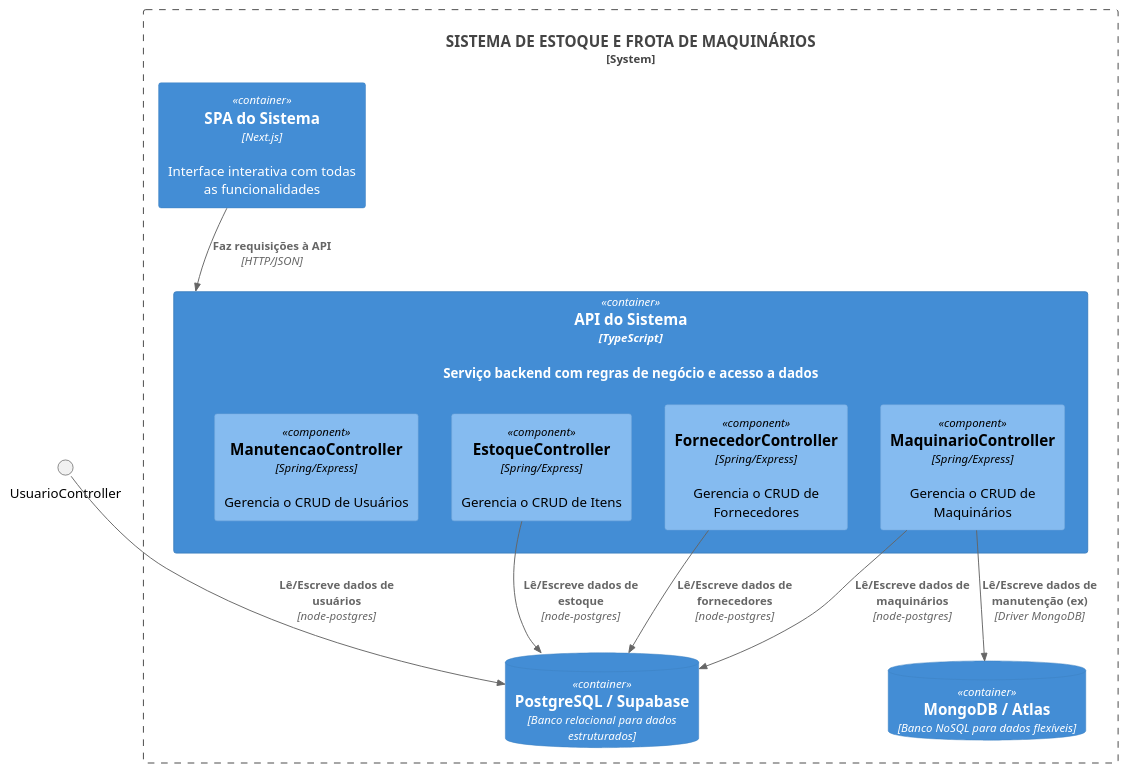
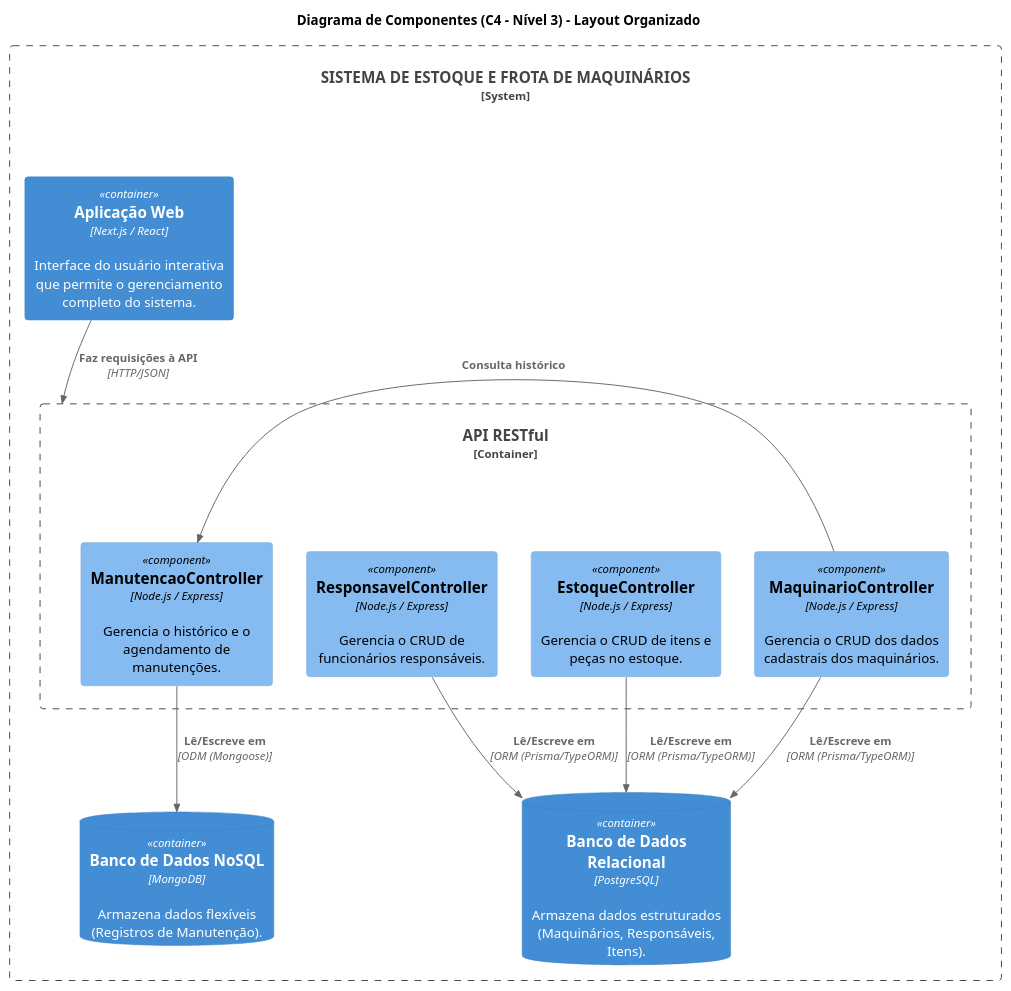
Before and after one commit to SPD-BES-2025-3/grupo10: the diagram in 2- ARQUITETURA/component.puml, drawn with PlantUML. The commit also changed 4 other files, not shown here.

```diff
--- a/2- ARQUITETURA/component.puml
+++ b/2- ARQUITETURA/component.puml
@@ -1,33 +1,38 @@
 @startuml
+!theme vibrant
 !include <C4/C4_Container>
 !include <C4/C4_Component>
 
-' A fronteira do sistema envolve todos os containers'
+title "Diagrama de Componentes (C4 - Nível 3) - Layout Organizado"
+
 System_Boundary(SEM, "SISTEMA DE ESTOQUE E FROTA DE MAQUINÁRIOS") {
     
-    Container(SPA, "SPA do Sistema", "Next.js", "Interface interativa com todas as funcionalidades")
+    Container(SPA, "Aplicação Web", "Next.js / React", "Interface do usuário interativa que permite o gerenciamento completo do sistema.")
 
-    ' A API é um container que contém outros componentes'
-    Container(API, "API do Sistema", "TypeScript", "Serviço backend com regras de negócio e acesso a dados") {
-        Component(EstoqueController, "EstoqueController", "Spring/Express", "Gerencia o CRUD de Itens")
-        Component(MaquinarioController, "MaquinarioController", "Spring/Express", "Gerencia o CRUD de Maquinários")
-        Component(FornecedorController, "FornecedorController", "Spring/Express", "Gerencia o CRUD de Fornecedores")
-        Component(ManutencaoController, "ManutencaoController", "Spring/Express", "Gerencia o CRUD de Usuários")
+    Container_Boundary(API, "API RESTful") {
+        ' Componentes que interagem com o banco de dados relacional
+        Component(MaquinarioController, "MaquinarioController", "Node.js / Express", "Gerencia o CRUD dos dados cadastrais dos maquinários.")
+        Component(ResponsavelController, "ResponsavelController", "Node.js / Express", "Gerencia o CRUD de funcionários responsáveis.")
+        Component(EstoqueController, "EstoqueController", "Node.js / Express", "Gerencia o CRUD de itens e peças no estoque.")
+        
+        ' Componente que interage com o banco de dados NoSQL
+        Component(ManutencaoController, "ManutencaoController", "Node.js / Express", "Gerencia o histórico e o agendamento de manutenções.")
     }
 
-    ' Os bancos de dados são containers a parte, mas dentro da fronteira do sistema'
-    ContainerDb(PostgreSQL, "PostgreSQL / Supabase", "Banco relacional para dados estruturados")
-    ContainerDb(MongoDB, "MongoDB / Atlas", "Banco NoSQL para dados flexíveis")
+    ContainerDb(PostgreSQL, "Banco de Dados Relacional", "PostgreSQL", "Armazena dados estruturados (Maquinários, Responsáveis, Itens).")
+    ContainerDb(MongoDB, "Banco de Dados NoSQL", "MongoDB", "Armazena dados flexíveis (Registros de Manutenção).")
 }
 
-' Relacionamentos entre os containers
-Rel(SPA, API, "Faz requisições à API", "HTTP/JSON")
+' Relacionamento principal, de cima para baixo
+Rel_D(SPA, API, "Faz requisições à API", "HTTP/JSON")
 
-' Relacionamentos entre os componentes e os containers de banco de dados
-Rel(EstoqueController, PostgreSQL, "Lê/Escreve dados de estoque", "node-postgres")
-Rel(MaquinarioController, PostgreSQL, "Lê/Escreve dados de maquinários", "node-postgres")
-Rel(FornecedorController, PostgreSQL, "Lê/Escreve dados de fornecedores", "node-postgres")
-Rel(UsuarioController, PostgreSQL, "Lê/Escreve dados de usuários", "node-postgres")
-Rel(MaquinarioController, MongoDB, "Lê/Escreve dados de manutenção (ex)", "Driver MongoDB")
+' Relacionamentos dos componentes com os bancos de dados, forçando a direção para baixo
+Rel_Down(MaquinarioController, PostgreSQL, "Lê/Escreve em", "ORM (Prisma/TypeORM)")
+Rel_Down(ResponsavelController, PostgreSQL, "Lê/Escreve em", "ORM (Prisma/TypeORM)")
+Rel_Down(EstoqueController, PostgreSQL, "Lê/Escreve em", "ORM (Prisma/TypeORM)")
+Rel_Down(ManutencaoController, MongoDB, "Lê/Escreve em", "ODM (Mongoose)")
+
+' Relação interna entre componentes, forçando a direção para a direita
+Rel_Right(MaquinarioController, ManutencaoController, "Consulta histórico")
 
 @enduml
```
